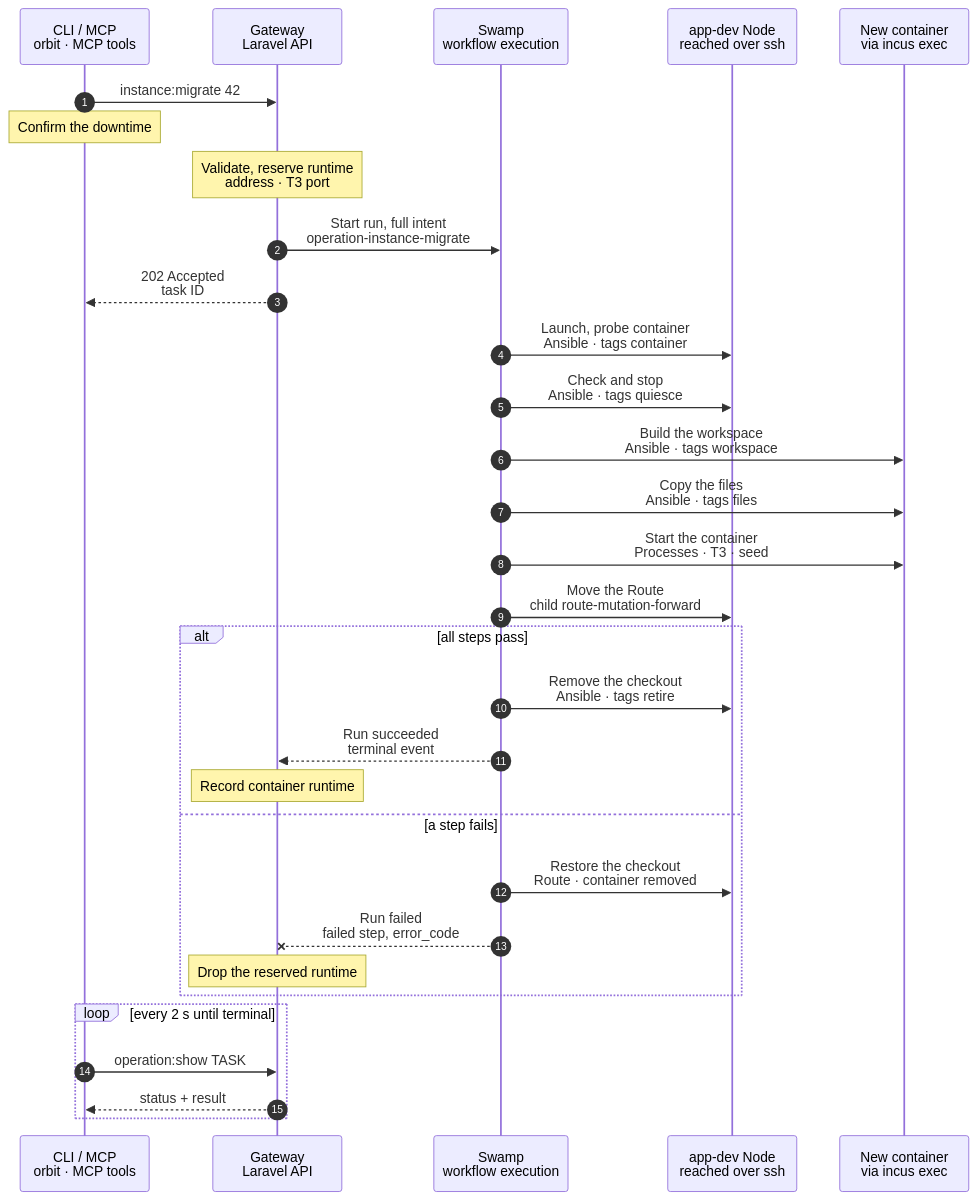
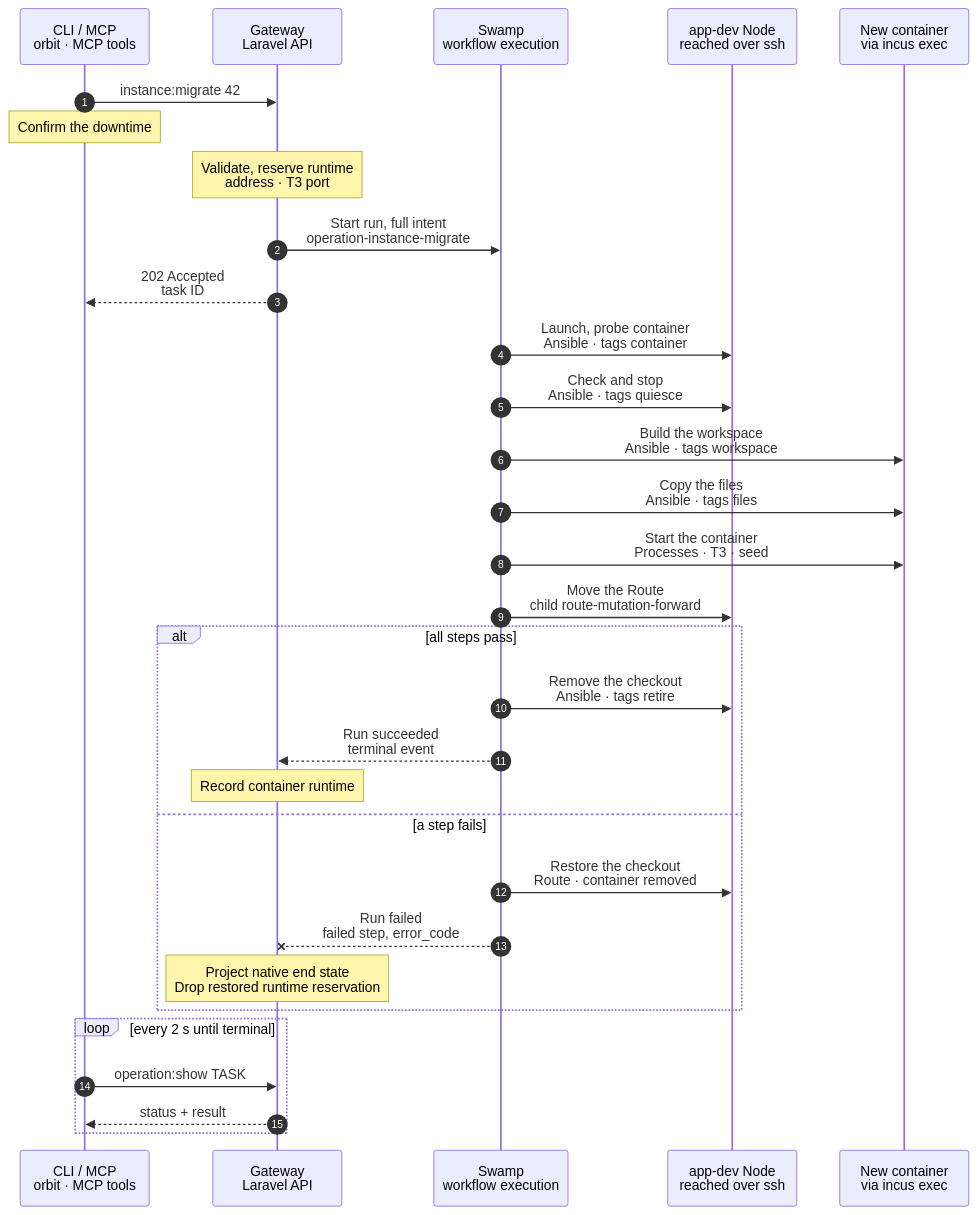
Before and after one commit to hardimpactdev/orbit: the diagram in docs/cli/instance/migrate.mmd, drawn with Mermaid. The commit also changed 3 other files, not shown here.

Commit message:
docs: define migrate native end state and bounded container starts

```diff
--- a/docs/cli/instance/migrate.mmd
+++ b/docs/cli/instance/migrate.mmd
@@ -1,106 +1,110 @@
 sequenceDiagram
   %% Container runtime (ADR 0250 step 8, docs/reference/development-containers.md#migrate-a-checkout-instance): one checkout Instance moves into a container, with its code. Its database stays where it is, and the container gets its own way to it. A default Instance moves before the other Instances of its Project, and keeps its checkout until its last worktree has moved. The command exists only until the last checkout Instance has moved (docs/reference/old-paths.md). The container steps are the phases of docs/cli/instance/container/create-default.mmd and create.mmd.
   %% status: draft
   %% command: instance:migrate
   %% kind: instance.migrate
   autonumber
   %% lane CLI icon=terminal pill=caller tone=gray
   %% lane GW icon=gateway pill=intent tone=blue
   %% lane SW icon=workflow pill=executes tone=green
   %% lane N icon=server pill=target tone=amber
   %% lane C icon=server pill=target tone=purple
   participant CLI as CLI / MCP<br/>orbit · MCP tools
   participant GW as Gateway<br/>Laravel API
   participant SW as Swamp<br/>workflow execution
   participant N as app-dev Node<br/>reached over ssh
   participant C as New container<br/>via incus exec
   CLI->>GW: instance:migrate 42
   %%> Command:
   %%> - `orbit instance:migrate INSTANCE`
   %%> - syntax: `<instance> [--force] [--idempotency-key=KEY] [--json]`
   Note over CLI: Confirm the downtime
   %%> What it asks:
   %%> - the Instance goes down during the move, and its old checkout moves to retention after it; `--force` answers yes
   Note over GW: Validate, reserve runtime<br/>address · T3 port
   %%> Requirements:
   %%> - the Instance is an active checkout Instance on an `app-dev` Node of the build list, else `instance.migrate_unsupported`
   %%> - a non-default Instance needs its Project's default Instance in a container first, else `instance.default_not_migrated`
   %%> - the Instance has only ordinary systemd or supported `vp-dev` Processes, no unfinished deployment or Process operation/runtime cleanup and no Route beside its own; a non-default Instance needs Conn and the model router, as a clone does
   %%> - `vp-dev` keeps its identity, assigned port and desired state; unsupported preset versions, custom commands, external paths and recorded container port conflicts refuse before downtime, naming the Process and reason
   %%> - a web-serving Project names its PHP version; a missing version refuses with `project.source_defaults_incomplete`, naming `orbit project:update PROJECT --source-access=github_app` to record it from source
   %%> - a database on a Database server has an IPv4 address and a port, else `instance.database_clone_unsupported`
   %%> Result:
   %%> - the runtime record is reserved: the next bridge address and, for a non-default Instance, the lowest free T3 port
   %%> - the checkout stays the Instance's runtime until the Route has moved; the Route's Node is held for the run
   %%> - the Instance takes no deployment and no wake while the run lasts
   %%> - a non-default Instance's placeholder model key goes to the vault
+  %%> - the whole-run budget sums the declared workflow step timeouts, including Route children, restore and cleanup, plus admission and settlement margin
   GW->>SW: Start run, full intent<br/>operation-instance-migrate
   GW-->>CLI: 202 Accepted<br/>task ID
   SW->>N: Launch, probe container<br/>Ansible · tags container
   %%> What it does:
   %%> - before any Node change, checks the recorded branch and every planned retirement; a refusal leaves prior resources untouched
   %%> - checks checkout symlinks and dependency package links before creating the container, skipping `.git` and installed package contents; broken links or targets outside the checkout refuse with `instance.migrate_symlink_unsupported`, naming every path and target
   %%> - retirement preflight refuses unpushed local branches or detached HEAD and stashes, with their existing named errors; it reads local refs only
   %%> - deletes a container that an earlier failed move left, then creates and starts the new container through the shared container phase; discard leaves shared bridge endpoint rules for host reconciliation
   %%> - each attached target gets an exact TCP allow in both the bridge and NIC ACLs; both keep default reject. Endpoint adds reread on ETag conflict, at most five attempts with a one-second delay
   %%> - probes every attached target from inside the container before downtime, else `instance.database_unreachable`
   %%> - fetches the branch from the checkout into the Node's mirror, including commits never pushed
   SW->>N: Check and stop<br/>Ansible · tags quiesce
   %%> What it does:
   %%> - repeats the branch, retirement and source symlink checks before stopping writers
   %%> - stops and disables the host Process units, then removes the awake marker
   %%> - records that quiesce began, so a failure before it never restarts host units or rewrites the awake marker
   SW->>C: Build the workspace<br/>Ansible · tags workspace
   %%> What it does:
   %%> - pushes the branch in as a bundle and checks it out in a standalone repository in `/srv/workspace`
   %%> - a non-default checkout is a linked worktree, so its `.git` is never copied
   SW->>C: Copy the files<br/>Ansible · tags files
   %%> What it does:
   %%> - copies every file that differs from the commit, every untracked file and every ignored file, `.env` among them
   %%> - removes the tracked files that the checkout deleted, and rewrites the checkout's path in `.env` to `/srv/workspace`
   %%> - checks the exact copied tree inside the container, maps old-checkout targets into the workspace and rewrites absolute internal links there; broken or external links fail with the same code before any Process starts, relative links keep their targets, and source links never change
   %%> - a non-default Instance gets the proxy device that publishes its T3 port
   SW->>C: Start the container<br/>Processes · T3 · seed
   %%> What it does:
   %%> - starts FrankenPHP and the Instance's existing Processes as `orbit`, with the same ids and desired states; their environment files come through the vault
   %%> - writes the shared FrankenPHP Caddyfile and unit; only the Node's bridge peer with `X-Forwarded-Proto: https` sets PHP's HTTPS scheme, port and resolved client IP; other requests keep native values
+  %%> - container units order after `network.target`, without pulling in `network-online.target`; starts are nonblocking, followed by a bounded readiness check for each unit
   %%> - `vp-dev` uses the runtime folder’s `current/bin/vp`, workspace paths and its assigned port on `0.0.0.0`; only the Node can reach that port, and Caddy sends `/__orbit/vite` there
   %%> - a non-default Instance gets `/etc/orbit/instance`, the agent settings and its T3 server, registered as in create
   %%> - a default Instance gets its first `seed-<commit>` snapshot
   SW->>N: Move the Route<br/>child route-mutation-forward
   %%> What it does:
   %%> - points the Instance's Route at FrankenPHP in the container, and withdraws the checkout's PHP-FPM pool
   alt all steps pass
     SW->>N: Remove the checkout<br/>Ansible · tags retire
     %%> What it does:
     %%> - removes the old host Process units and their environment folders
     %%> - repeats the same retirement preflight as an early warning; a new blocker leaves the container serving and the checkout intact
     %%> - atomically moves each old checkout under `<checkout>.orbit-retired-git/<sha256 of original path>`; the retained root is beside the migrating Instance's checkout
     %%> - keeps the whole tree, including Git objects, refs, reflogs, `.git/modules` and nested repositories; a late worktree cannot lose its Git metadata to retirement
     %%> - records `retained_git_path` and `retained_git_at` on the Instance; `instance:show` and the Instance API expose them
     %%> - writes the awake marker; a default's checkout stays until its last worktree has moved; retirement never deletes or prunes Git metadata
     %%> If it fails:
     %%> - the container stays the Instance; the run fails with `instance.migrate_retire_failed`, and the source or retained checkout stays on the Node
     SW-->>GW: Run succeeded<br/>terminal event
     Note over GW: Record container runtime
     %%> Result:
     %%> - the Instance's workspace is the container's; the runtime runs, a default's row holds its seed commit
     %%> - a SQLite file moved with the files, so its connection record goes; stored `.env` values follow the new path
     %%> - the Conn layer records a non-default Instance's T3 server from the result
   else a step fails
     SW->>N: Restore the checkout<br/>Route · container removed
     %%> What it does:
     %%> - puts the Route back on the checkout when the run had moved it
     %%> - deletes the new container, its ACL, its firewall rules and its mirror
     %%> - restores host Process units and the awake marker only when quiesce began; an unreachable target causes zero downtime
     %%> - the checkout and database remain in place
     SW--xGW: Run failed<br/>failed step, error_code
-    Note over GW: Drop the reserved runtime
+    Note over GW: Project native end state<br/>Drop restored runtime reservation
+    %%> - after a Gateway deadline or confirmed cancel, read the native finish and step history; moved/restored/ready and the native error code decide the receipt and runtime ownership
+    %%> - only a run with no native end keeps `operation.timed_out`; a restored checkout has no container reservation, so Process commands reach the host
     %%> Retry:
     %%> - run the same command again; it starts with a new container
     %%> - a restore that failed keeps the reserved record and its address, and names the failed step
   end
   loop every 2 s until terminal
     CLI->>GW: operation:show TASK
     GW-->>CLI: status + result
   end
```
